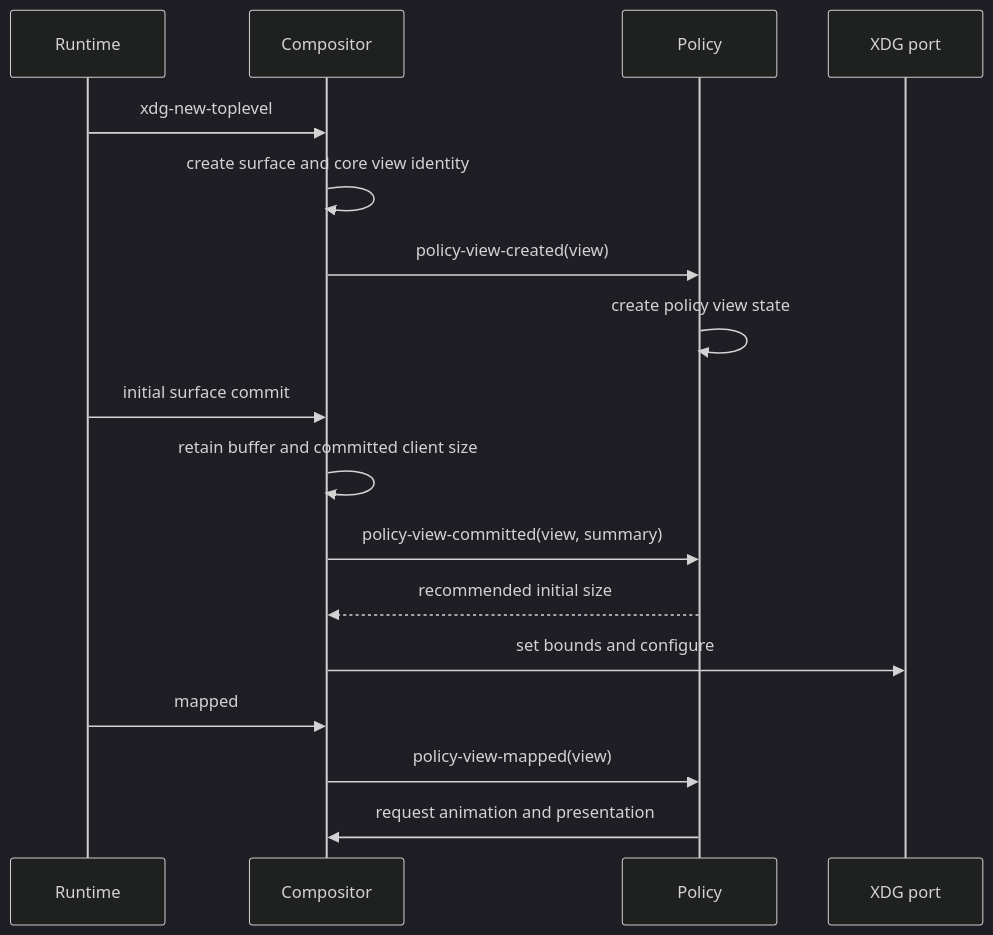
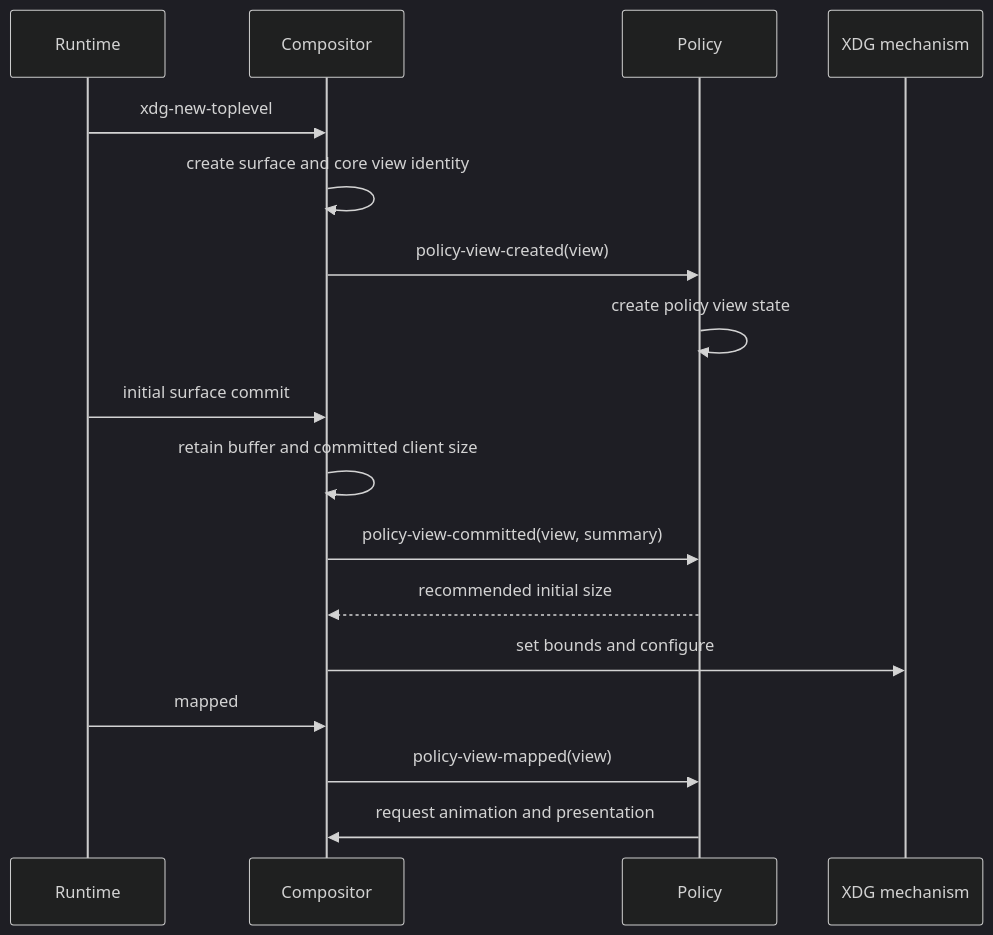
One commit to SeungheonOh/ataxia changed the third of 6 diagrams in docs/COMPOSITOR-POLICY-DESIGN.md. Above: the diagram before and after it, drawn with Mermaid (dark theme). The commit also changed other lines of this file and 1 other file, not shown here.

Commit message:
docs: align behavior ownership architecture

````diff
--- a/docs/COMPOSITOR-POLICY-DESIGN.md
+++ b/docs/COMPOSITOR-POLICY-DESIGN.md
@@ -497,20 +411,20 @@
 ```mermaid
 sequenceDiagram
     participant R as Runtime
     participant C as Compositor
     participant P as Policy
-    participant X as XDG port
+    participant X as XDG mechanism
 
     R->>C: xdg-new-toplevel
     C->>C: create surface and core view identity
     C->>P: policy-view-created(view)
     P->>P: create policy view state
     R->>C: initial surface commit
     C->>C: retain buffer and committed client size
     C->>P: policy-view-committed(view, summary)
     P-->>C: recommended initial size
     C->>X: set bounds and configure
     R->>C: mapped
     C->>P: policy-view-mapped(view)
     P->>C: request animation and presentation
 ```
````
